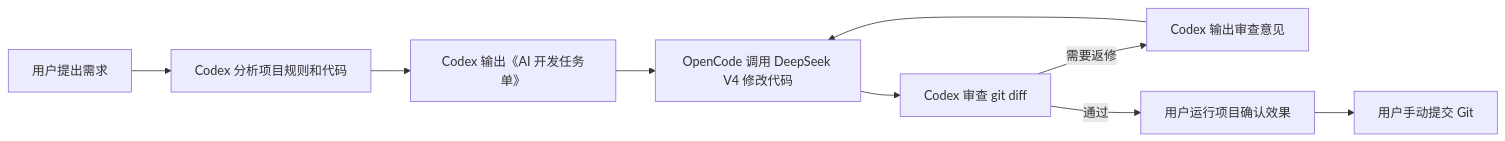
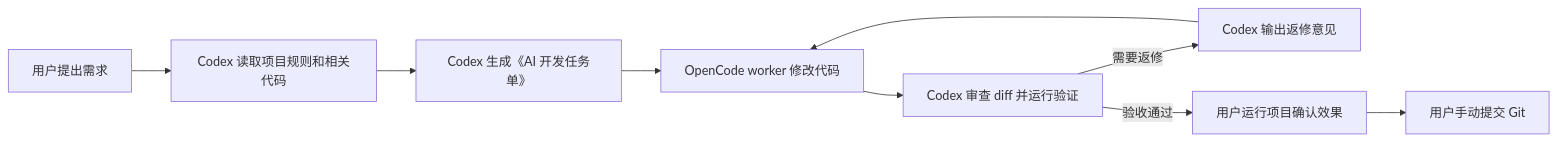
Before and after one commit to ysj98/Codex-OpenCode-Worker-Workflow: the diagram in README.md, drawn with Mermaid. The commit also changed other lines of this file and 7 other files, not shown here.

Commit message:
feat: 优化成“默认 DeepSeek V4 Pro，但不硬绑定”的配置方式

````diff
--- a/README.md
+++ b/README.md
@@ -26,11 +142,11 @@
 ```mermaid
 flowchart LR
-  A["用户提出需求"] --> B["Codex 分析项目规则和代码"]
-  B --> C["Codex 输出《AI 开发任务单》"]
-  C --> D["OpenCode 调用 DeepSeek V4 修改代码"]
-  D --> E["Codex 审查 git diff"]
-  E -->|需要返修| F["Codex 输出审查意见"]
+  A["用户提出需求"] --> B["Codex 读取项目规则和相关代码"]
+  B --> C["Codex 生成《AI 开发任务单》"]
+  C --> D["OpenCode worker 修改代码"]
+  D --> E["Codex 审查 diff 并运行验证"]
+  E -->|需要返修| F["Codex 输出返修意见"]
   F --> D
-  E -->|通过| G["用户运行项目确认效果"]
+  E -->|验收通过| G["用户运行项目确认效果"]
   G --> H["用户手动提交 Git"]
 ```
````
